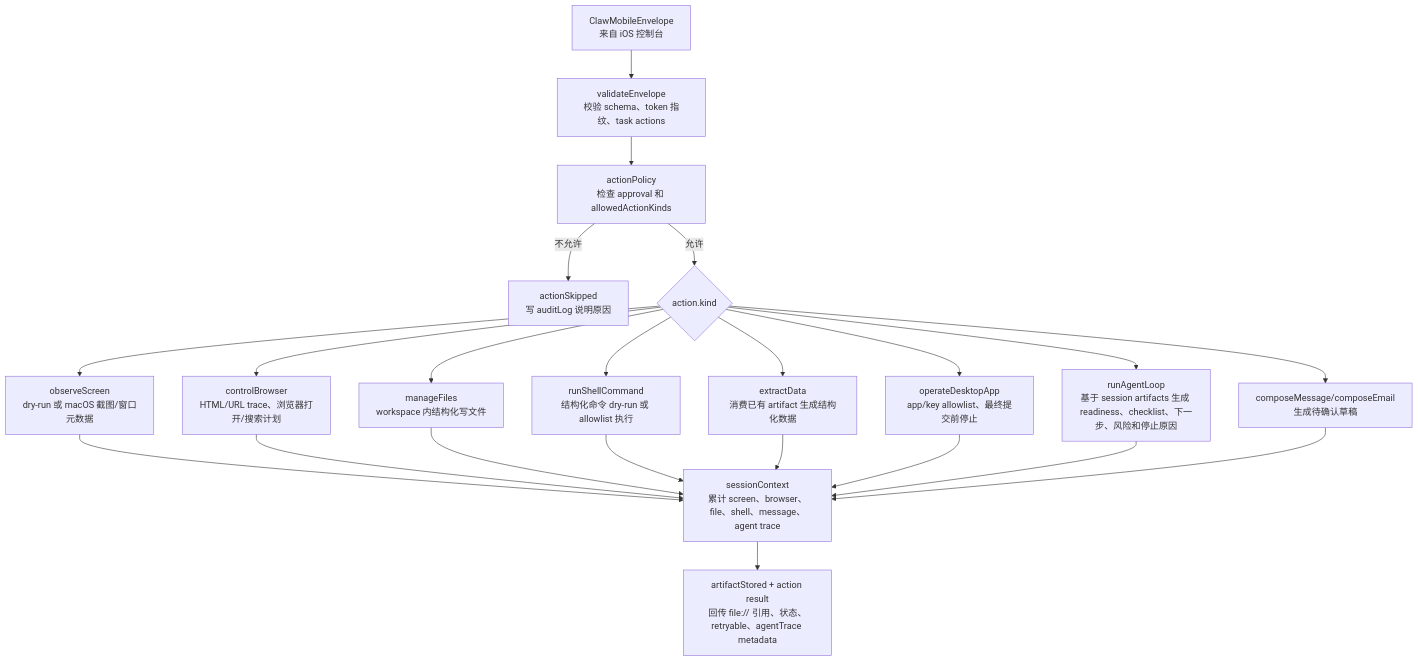
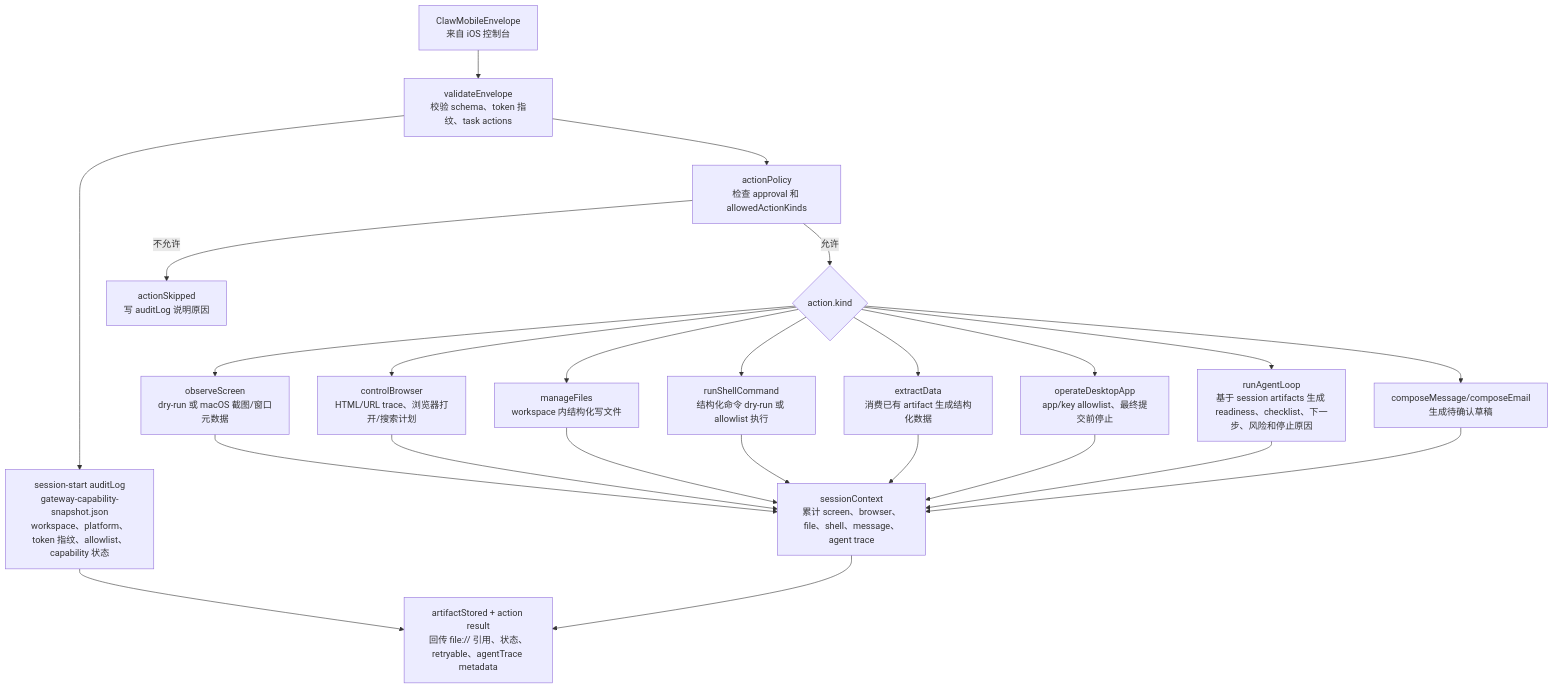
One commit to Altman-sam114/115 changed the second of 3 diagrams in md/flow/flowchart.md. Above: the diagram before and after it, drawn with Mermaid. The commit also changed other lines of this file and 8 other files, not shown here.

````diff
--- a/md/flow/flowchart.md
+++ b/md/flow/flowchart.md
@@ -41,24 +44,26 @@
 ```mermaid
 flowchart TD
   ENV["ClawMobileEnvelope<br/>来自 iOS 控制台"] --> VAL["validateEnvelope<br/>校验 schema、token 指纹、task actions"]
+  VAL --> SNAP["session-start auditLog<br/>gateway-capability-snapshot.json<br/>workspace、platform、token 指纹、allowlist、capability 状态"]
   VAL --> POL["actionPolicy<br/>检查 approval 和 allowedActionKinds"]
   POL -->|不允许| SKIP["actionSkipped<br/>写 auditLog 说明原因"]
   POL -->|允许| KIND{"action.kind"}
   KIND --> OBS["observeScreen<br/>dry-run 或 macOS 截图/窗口元数据"]
   KIND --> BRO["controlBrowser<br/>HTML/URL trace、浏览器打开/搜索计划"]
   KIND --> FILE["manageFiles<br/>workspace 内结构化写文件"]
   KIND --> SH["runShellCommand<br/>结构化命令 dry-run 或 allowlist 执行"]
   KIND --> EXT["extractData<br/>消费已有 artifact 生成结构化数据"]
   KIND --> APP["operateDesktopApp<br/>app/key allowlist、最终提交前停止"]
   KIND --> AG["runAgentLoop<br/>基于 session artifacts 生成 readiness、checklist、下一步、风险和停止原因"]
   KIND --> MSG["composeMessage/composeEmail<br/>生成待确认草稿"]
   OBS --> CTX["sessionContext<br/>累计 screen、browser、file、shell、message、agent trace"]
   BRO --> CTX
   FILE --> CTX
   SH --> CTX
   EXT --> CTX
   APP --> CTX
   AG --> CTX
   MSG --> CTX
+  SNAP --> OUT
   CTX --> OUT["artifactStored + action result<br/>回传 file:// 引用、状态、retryable、agentTrace metadata"]
 ```
````
